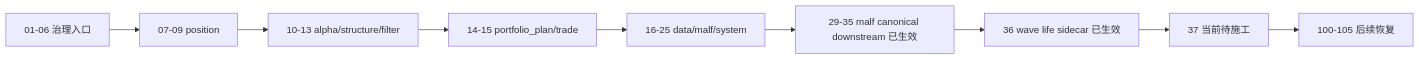
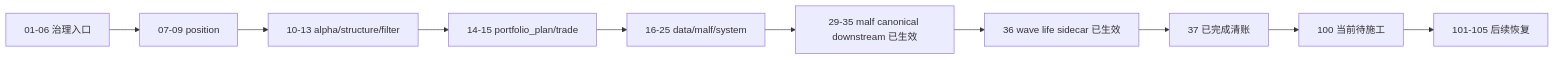
The diagram in docs/03-execution/C-system-completion-ledger-20260409.md (everything-is-simple/lifespan-0.01), drawn with Mermaid before and after one commit. The commit also changed other lines of this file and 10 other files, not shown here.

````diff
--- a/docs/03-execution/C-system-completion-ledger-20260409.md
+++ b/docs/03-execution/C-system-completion-ledger-20260409.md
@@ -32,11 +32,12 @@
 ```mermaid
 flowchart LR
     G01["01-06 治理入口"] --> P07["07-09 position"]
     P07 --> A10["10-13 alpha/structure/filter"]
     A10 --> T14["14-15 portfolio_plan/trade"]
     T14 --> D16["16-25 data/malf/system"]
     D16 --> M29["29-35 malf canonical downstream 已生效"]
     M29 --> M36["36 wave life sidecar 已生效"]
-    M36 --> NEXT["37 当前待施工"]
-    NEXT --> POST["100-105 后续恢复"]
+    M36 --> G37["37 已完成清账"]
+    G37 --> NEXT["100 当前待施工"]
+    NEXT --> POST["101-105 后续恢复"]
 ```
````
